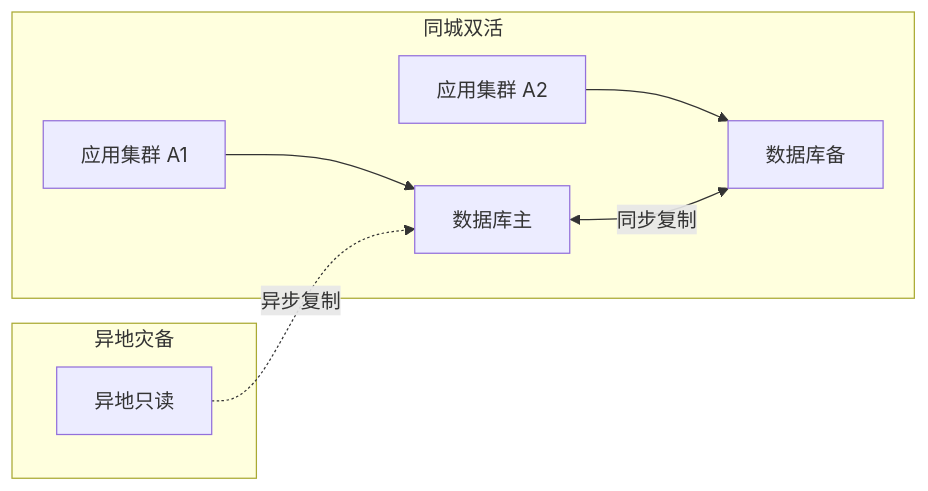
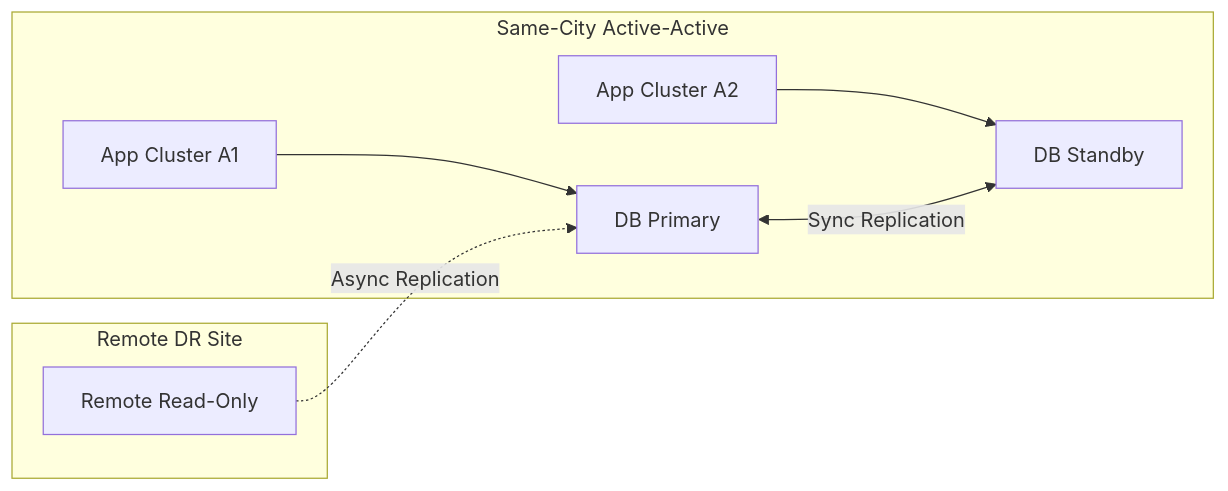
One commit to Kirky-X/cangjie changed the second of 3 diagrams in templates/产品/技术层/【模板】技术需求文档(TRD).md. Above: the diagram before and after it, drawn with Mermaid. The commit also changed other lines of this file and 46 other files, not shown here.

````diff
--- a/templates/产品/技术层/【模板】技术需求文档(TRD).md
+++ b/templates/产品/技术层/【模板】技术需求文档(TRD).md
@@ -181,11 +181,11 @@
 ```mermaid
 graph LR
-    subgraph 同城双活
-        A1[应用集群 A1] --> B1[数据库主]
-        A2[应用集群 A2] --> B2[数据库备]
+    subgraph Same-City Active-Active
+        A1[App Cluster A1] --> B1[DB Primary]
+        A2[App Cluster A2] --> B2[DB Standby]
     end
-    subgraph 异地灾备
-        C1[异地只读] -.异步复制.-> B1
+    subgraph Remote DR Site
+        C1[Remote Read-Only] -.Async Replication.-> B1
     end
-    B1 <-->|同步复制| B2
+    B1 <-->|Sync Replication| B2
 ```
````
